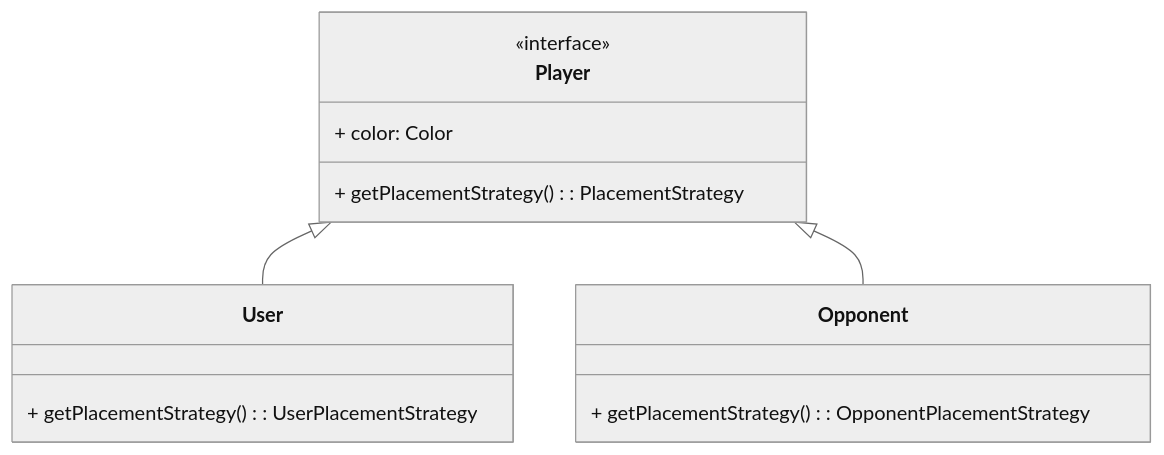
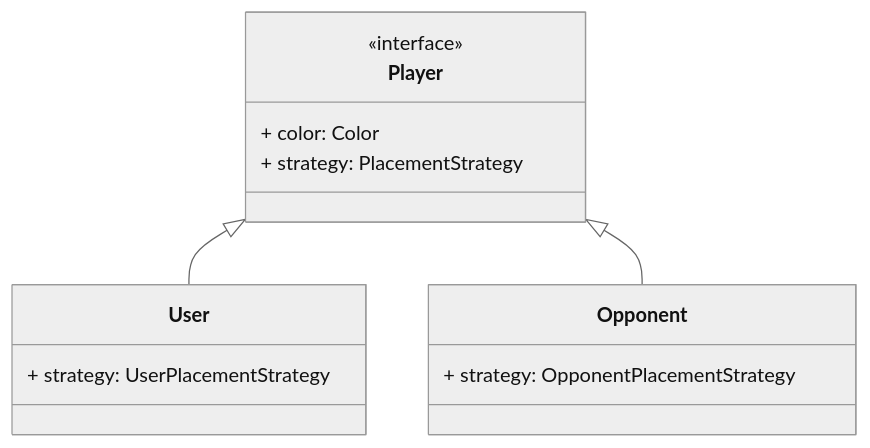
The third of 12 diagrams in docs/report/5-detailed-design.md (Borgotto/PPS-25-scalatello), drawn with Mermaid (neutral theme) before and after one commit. The commit also changed other lines of this file and 2 other files, not shown here.

````diff
--- a/docs/report/5-detailed-design.md
+++ b/docs/report/5-detailed-design.md
@@ -117,17 +67,17 @@
 ```mermaid
 classDiagram
     class Player {
         <<interface>>
         + color: Color
-        + getPlacementStrategy(): PlacementStrategy
+        + strategy: PlacementStrategy
     }
     class User {
-        + getPlacementStrategy(): UserPlacementStrategy
+        + strategy: UserPlacementStrategy
     }
     class Opponent {
-        + getPlacementStrategy(): OpponentPlacementStrategy
+        + strategy: OpponentPlacementStrategy
     }
 
     Player <|-- User
     Player <|-- Opponent
 ```
````
